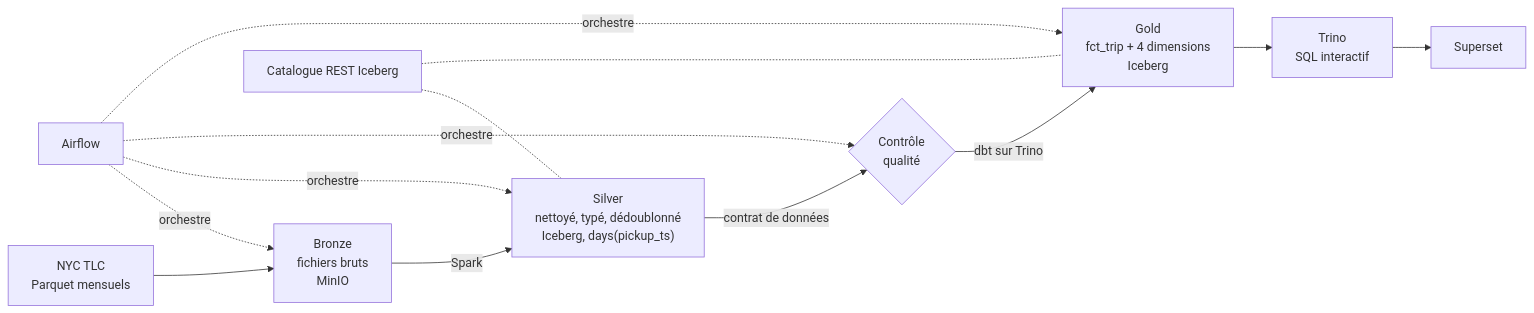
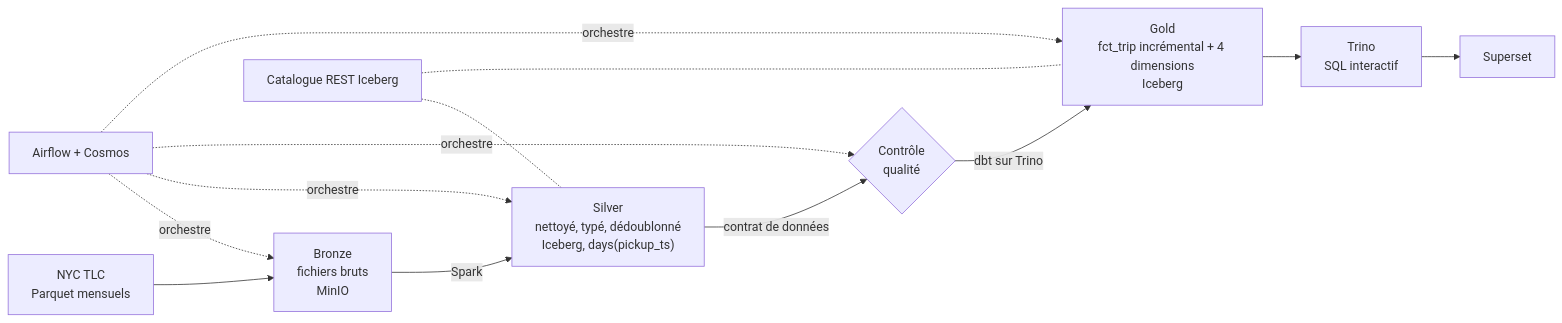
Before and after one commit to Aminebousmah/OpenLakehouse: the diagram in README.md, drawn with Mermaid. The commit also changed other lines of this file and 3 other files, not shown here.

Commit message:
docs: ADR 0009 à 0011 et README pour l'incrémental, la CI et Cosmos

````diff
--- a/README.md
+++ b/README.md
@@ -17,11 +18,11 @@
 ```mermaid
 flowchart LR
     A["NYC TLC<br/>Parquet mensuels"] --> B["Bronze<br/>fichiers bruts<br/>MinIO"]
     B -- "Spark" --> C["Silver<br/>nettoyé, typé, dédoublonné<br/>Iceberg, days(pickup_ts)"]
     C -- "contrat de données" --> Q{"Contrôle<br/>qualité"}
-    Q -- "dbt sur Trino" --> D["Gold<br/>fct_trip + 4 dimensions<br/>Iceberg"]
+    Q -- "dbt sur Trino" --> D["Gold<br/>fct_trip incrémental + 4 dimensions<br/>Iceberg"]
     D --> E["Trino<br/>SQL interactif"]
     E --> F["Superset"]
-    G["Airflow"] -. "orchestre" .-> B & C & Q & D
+    G["Airflow + Cosmos"] -. "orchestre" .-> B & C & Q & D
     H["Catalogue REST Iceberg"] -.- C & D
 ```
````
